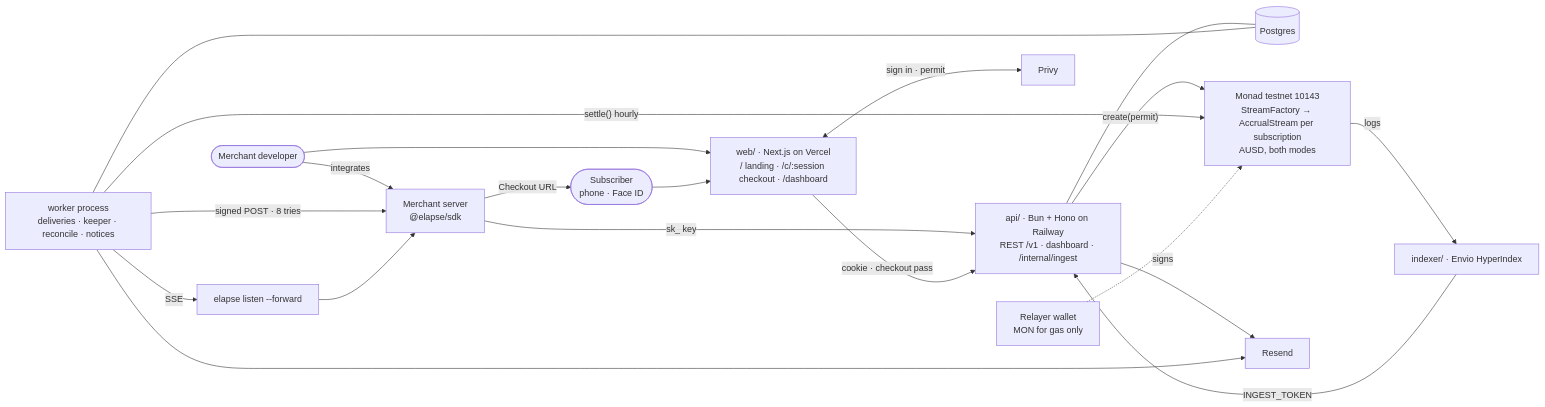
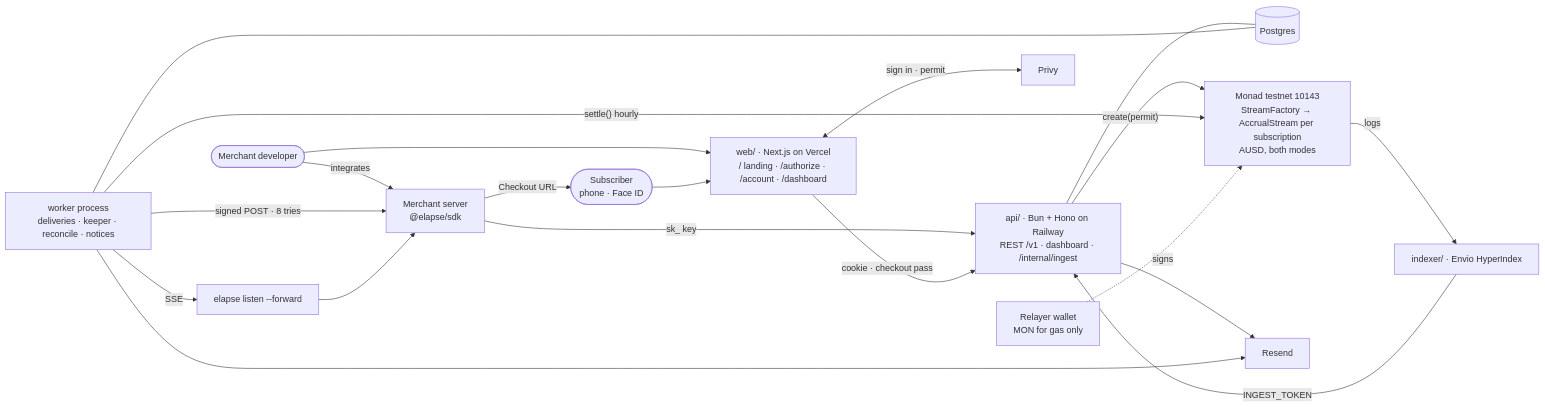
Before and after one commit to furqaannabi/elapse: the first of 2 diagrams in README.md, drawn with Mermaid. The commit also changed other lines of this file and 6 other files, not shown here.

````diff
--- a/README.md
+++ b/README.md
@@ -41,35 +42,35 @@
 ```mermaid
 flowchart LR
   sub(["Subscriber<br/>phone · Face ID"])
   dev(["Merchant developer"])
   server["Merchant server<br/>@elapse/sdk"]
   cli["elapse listen --forward"]
-  web["web/ · Next.js on Vercel<br/>/ landing · /c/:session checkout · /dashboard"]
+  web["web/ · Next.js on Vercel<br/>/ landing · /authorize · /account · /dashboard"]
   api["api/ · Bun + Hono on Railway<br/>REST /v1 · dashboard · /internal/ingest"]
   worker["worker process<br/>deliveries · keeper · reconcile · notices"]
   pg[("Postgres")]
   chain["Monad testnet 10143<br/>StreamFactory → AccrualStream per subscription<br/>AUSD, both modes"]
   envio["indexer/ · Envio HyperIndex"]
   privy["Privy"]
   resend["Resend"]
   relayer["Relayer wallet<br/>MON for gas only"]
 
   dev --> web
   dev -- "integrates" --> server
   server -- "sk_ key" --> api
   server -- "Checkout URL" --> sub
   sub --> web
   web -- "cookie · checkout pass" --> api
   web <-- "sign in · permit" --> privy
   api --- pg
   worker --- pg
   worker -- "signed POST · 8 tries" --> server
   worker -- "SSE" --> cli --> server
   api -- "create(permit)" --> chain
   worker -- "settle() hourly" --> chain
   relayer -. "signs" .-> chain
   chain -- "logs" --> envio
   envio -- "INGEST_TOKEN" --> api
   api --> resend
   worker --> resend
 ```
````
